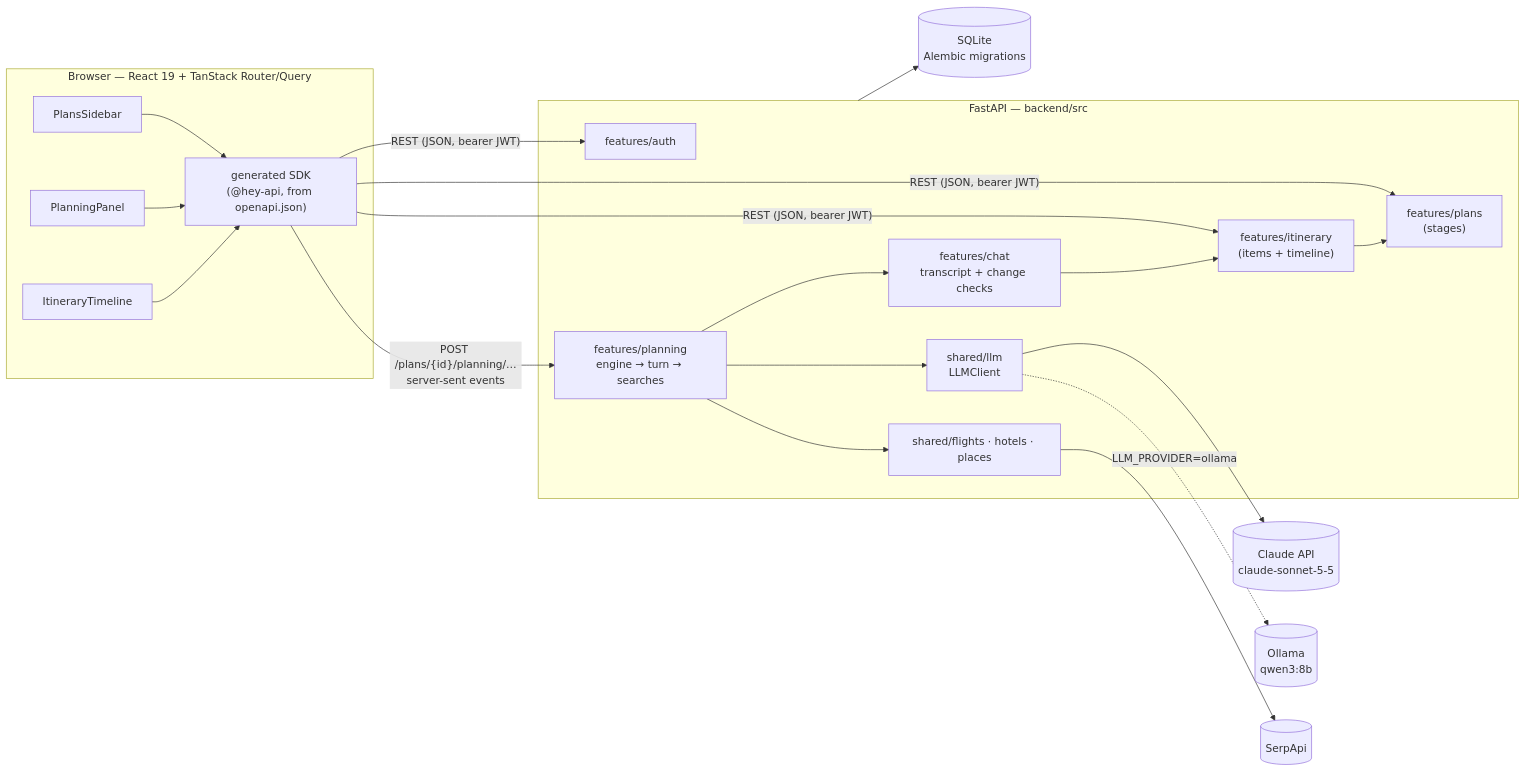
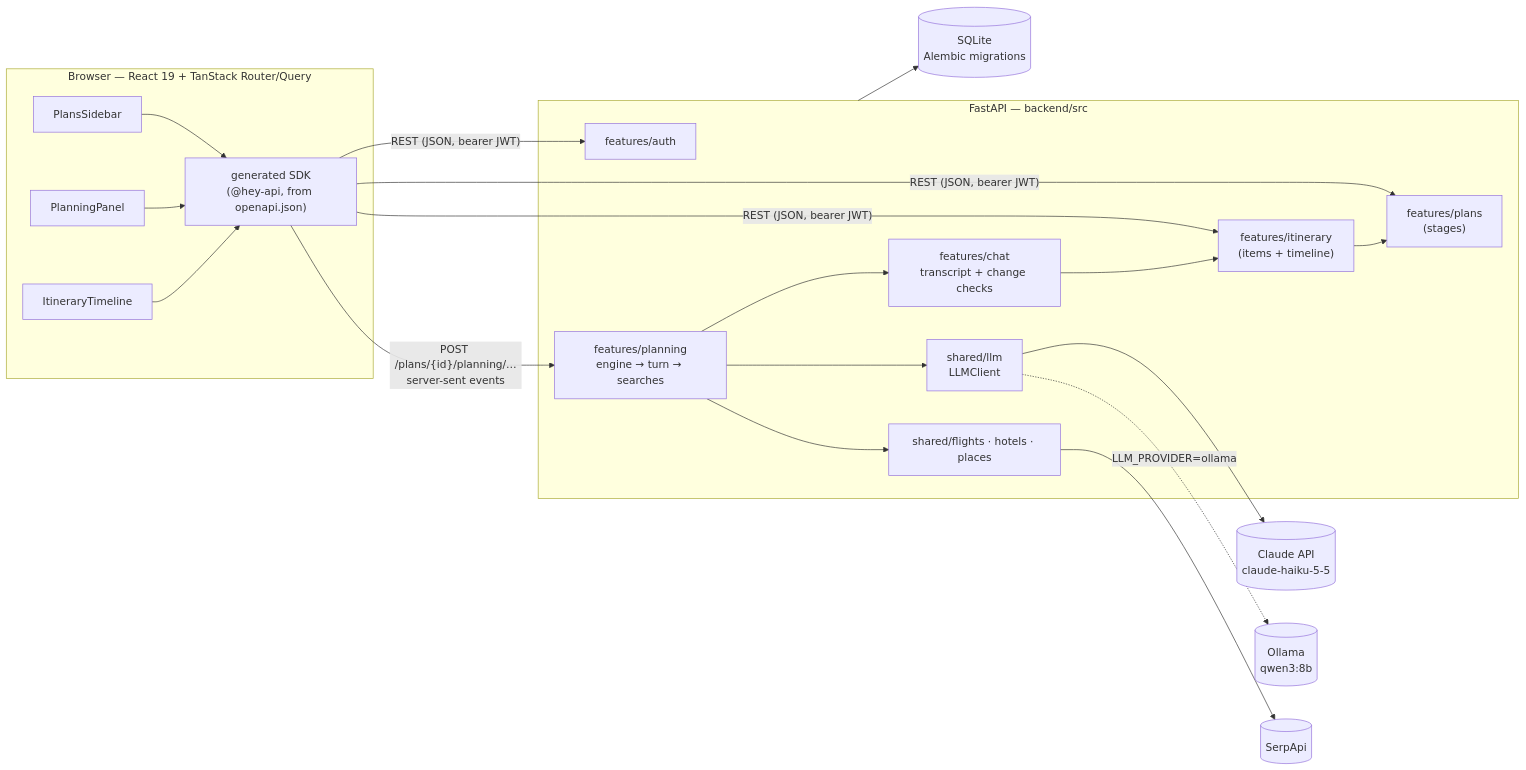
One commit to rpoconn/travel-planner changed the diagram in README.md. Above: the diagram before and after it, drawn with Mermaid. The commit also changed other lines of this file and 3 other files, not shown here.

Commit message:
Default the Claude model to Haiku

````diff
--- a/README.md
+++ b/README.md
@@ -19,30 +19,30 @@
 ```mermaid
 flowchart LR
     subgraph Browser["Browser — React 19 + TanStack Router/Query"]
         Sidebar[PlansSidebar]
         Panel[PlanningPanel]
         Timeline[ItineraryTimeline]
         SDK["generated SDK<br/>(@hey-api, from openapi.json)"]
         Sidebar & Panel & Timeline --> SDK
     end
 
     subgraph API["FastAPI — backend/src"]
         Auth[features/auth]
         Plans["features/plans<br/>(stages)"]
         Itinerary["features/itinerary<br/>(items + timeline)"]
         Planning["features/planning<br/>engine → turn → searches"]
         Chat["features/chat<br/>transcript + change checks"]
         LLM["shared/llm<br/>LLMClient"]
         Providers["shared/flights · hotels · places"]
         Planning --> Chat --> Itinerary --> Plans
         Planning --> LLM
         Planning --> Providers
     end
 
     SDK -- "REST (JSON, bearer JWT)" --> Auth & Plans & Itinerary
     SDK -- "POST /plans/{id}/planning/…<br/>server-sent events" --> Planning
-    LLM --> Claude[("Claude API<br/>claude-sonnet-5-5")]
+    LLM --> Claude[("Claude API<br/>claude-haiku-5-5")]
     LLM -. "LLM_PROVIDER=ollama" .-> Ollama[("Ollama<br/>qwen3:8b")]
     Providers --> SerpApi[(SerpApi)]
     API --> DB[("SQLite<br/>Alembic migrations")]
 ```
````
